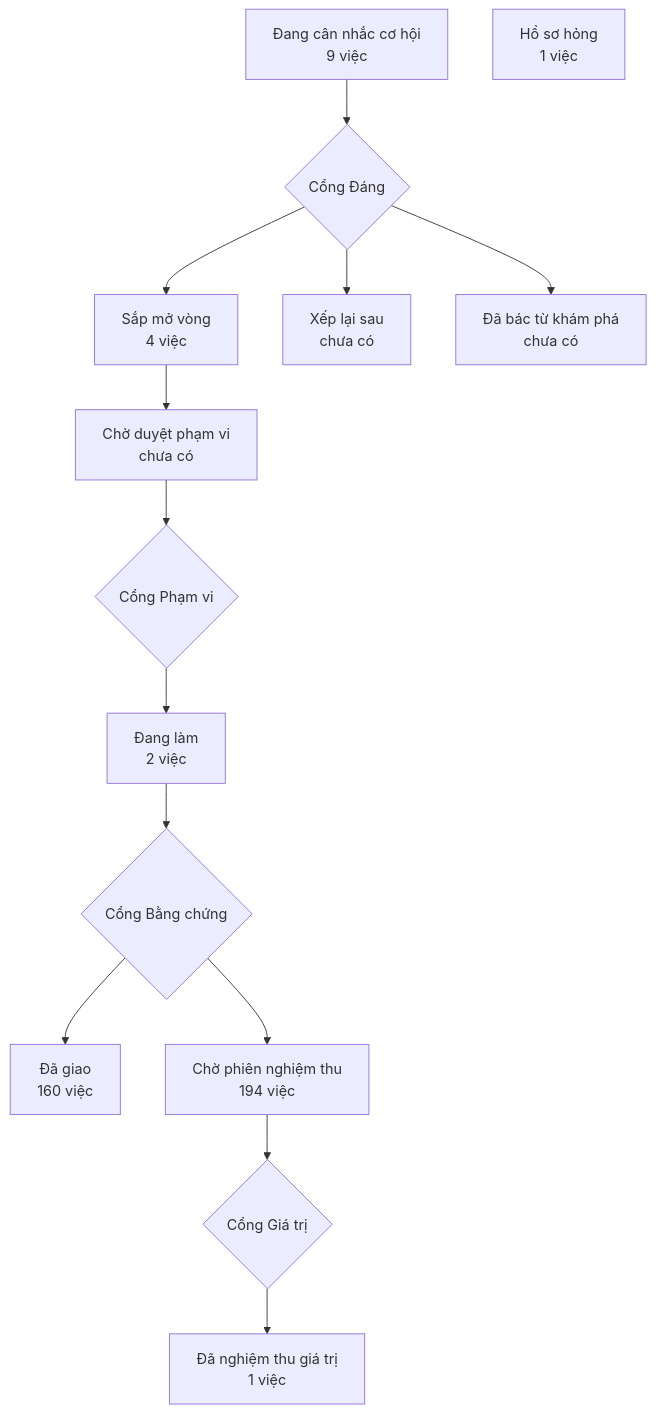
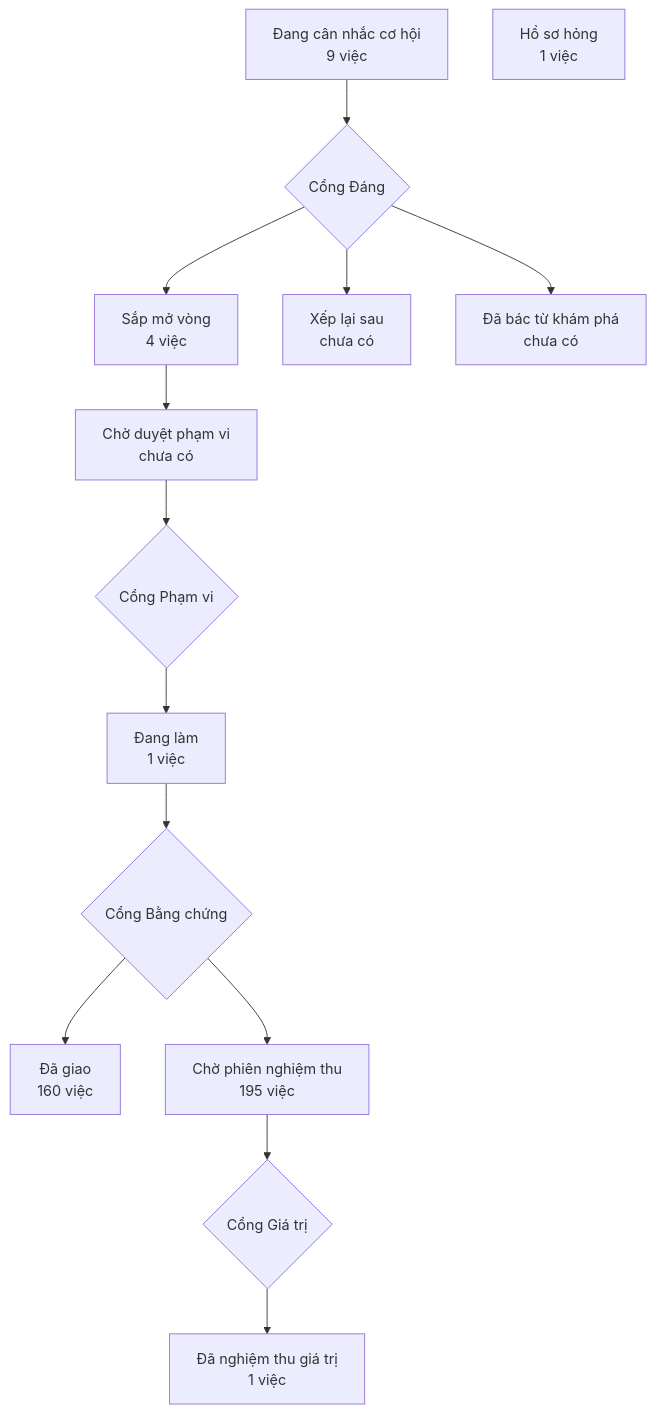
Before and after one commit to phanlemanh/crm-onehub: the diagram in PRODUCT-MAP.md, drawn with Mermaid. The commit also changed 4 other files, not shown here.

````diff
--- a/PRODUCT-MAP.md
+++ b/PRODUCT-MAP.md
@@ -7,13 +7,13 @@
 ```mermaid
 flowchart TD
   A["Đang cân nhắc cơ hội<br/>9 việc"] --> GD{"Cổng Đáng"}
   GD --> B["Sắp mở vòng<br/>4 việc"]
   GD --> XL["Xếp lại sau<br/>chưa có"]
   GD --> DB["Đã bác từ khám phá<br/>chưa có"]
   B --> CD["Chờ duyệt phạm vi<br/>chưa có"] --> GP{"Cổng Phạm vi"}
-  GP --> DL["Đang làm<br/>2 việc"] --> GB{"Cổng Bằng chứng"}
+  GP --> DL["Đang làm<br/>1 việc"] --> GB{"Cổng Bằng chứng"}
   GB --> DG["Đã giao<br/>160 việc"]
-  GB --> CN["Chờ phiên nghiệm thu<br/>194 việc"] --> GG{"Cổng Giá trị"}
+  GB --> CN["Chờ phiên nghiệm thu<br/>195 việc"] --> GG{"Cổng Giá trị"}
   GG --> NT["Đã nghiệm thu giá trị<br/>1 việc"]
   HS["Hồ sơ hỏng<br/>1 việc"]
 ```
````
